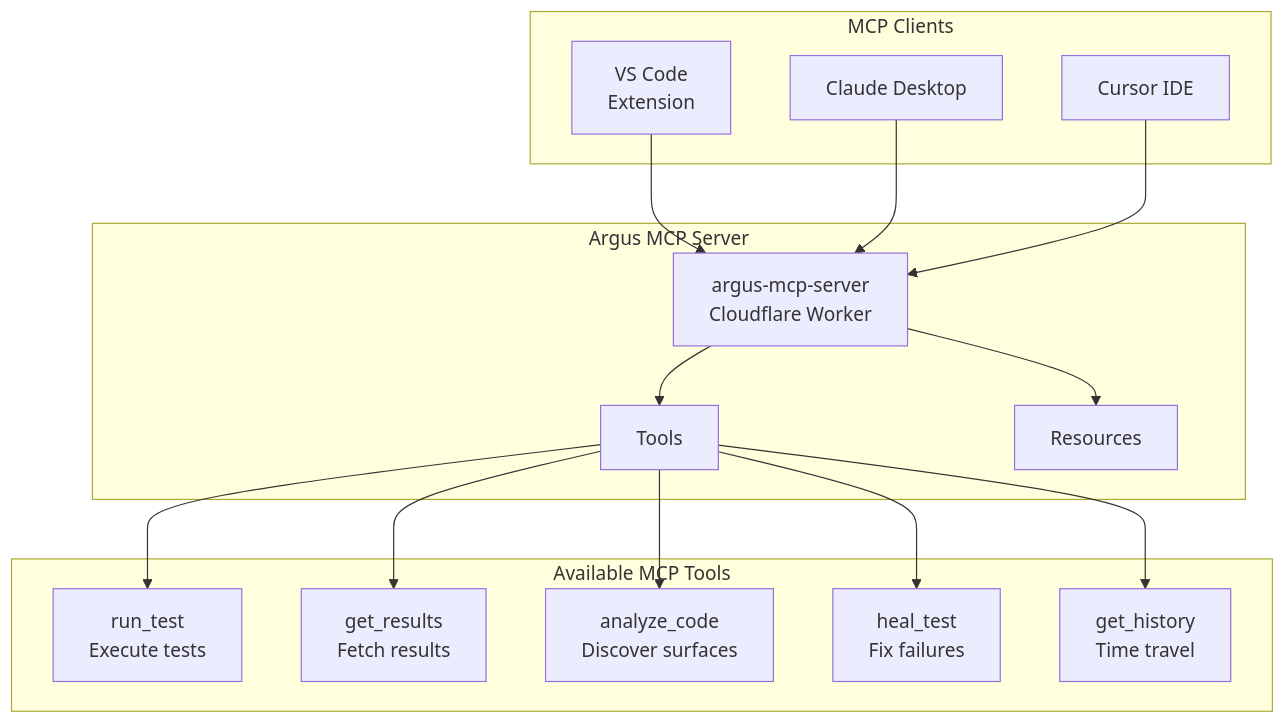
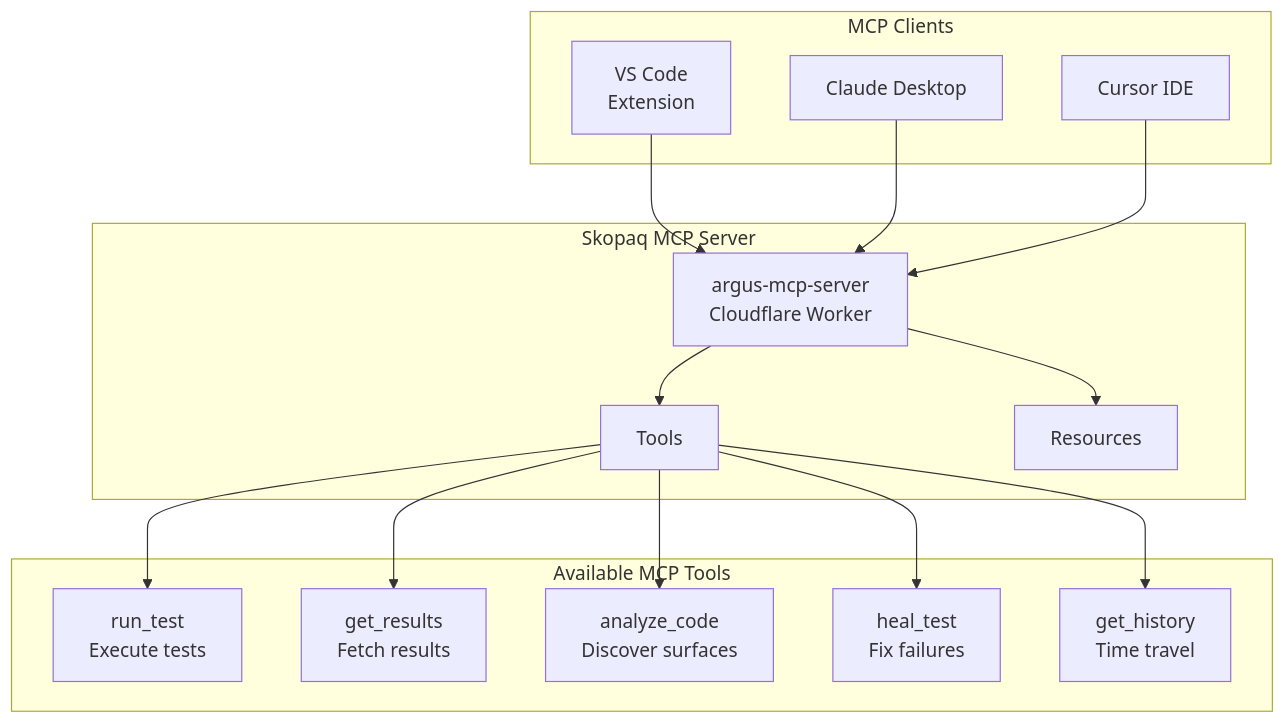
Before and after one commit to skopaq/skopaq-docs: diagram 28 of 30 in docs-site/technical/architecture.md, drawn with Mermaid. The commit also changed other lines of this file and 30 other files, not shown here.

First line of the commit message:
rebrand: replace user-facing Argus → Skopaq (domains, UI text, URLs)

````diff
--- a/docs-site/technical/architecture.md
+++ b/docs-site/technical/architecture.md
@@ -1502,35 +1502,35 @@
 ```mermaid
 graph TB
     subgraph "MCP Clients"
         VSCODE[VS Code<br/>Extension]
         CLAUDE_DESKTOP[Claude Desktop]
         CURSOR[Cursor IDE]
     end
 
-    subgraph "Argus MCP Server"
+    subgraph "Skopaq MCP Server"
         MCP[argus-mcp-server<br/>Cloudflare Worker]
         TOOLS[Tools]
         RESOURCES[Resources]
     end
 
     subgraph "Available MCP Tools"
         T1[run_test<br/>Execute tests]
         T2[get_results<br/>Fetch results]
         T3[analyze_code<br/>Discover surfaces]
         T4[heal_test<br/>Fix failures]
         T5[get_history<br/>Time travel]
     end
 
     VSCODE --> MCP
     CLAUDE_DESKTOP --> MCP
     CURSOR --> MCP
 
     MCP --> TOOLS
     MCP --> RESOURCES
 
     TOOLS --> T1
     TOOLS --> T2
     TOOLS --> T3
     TOOLS --> T4
     TOOLS --> T5
 ```
````
